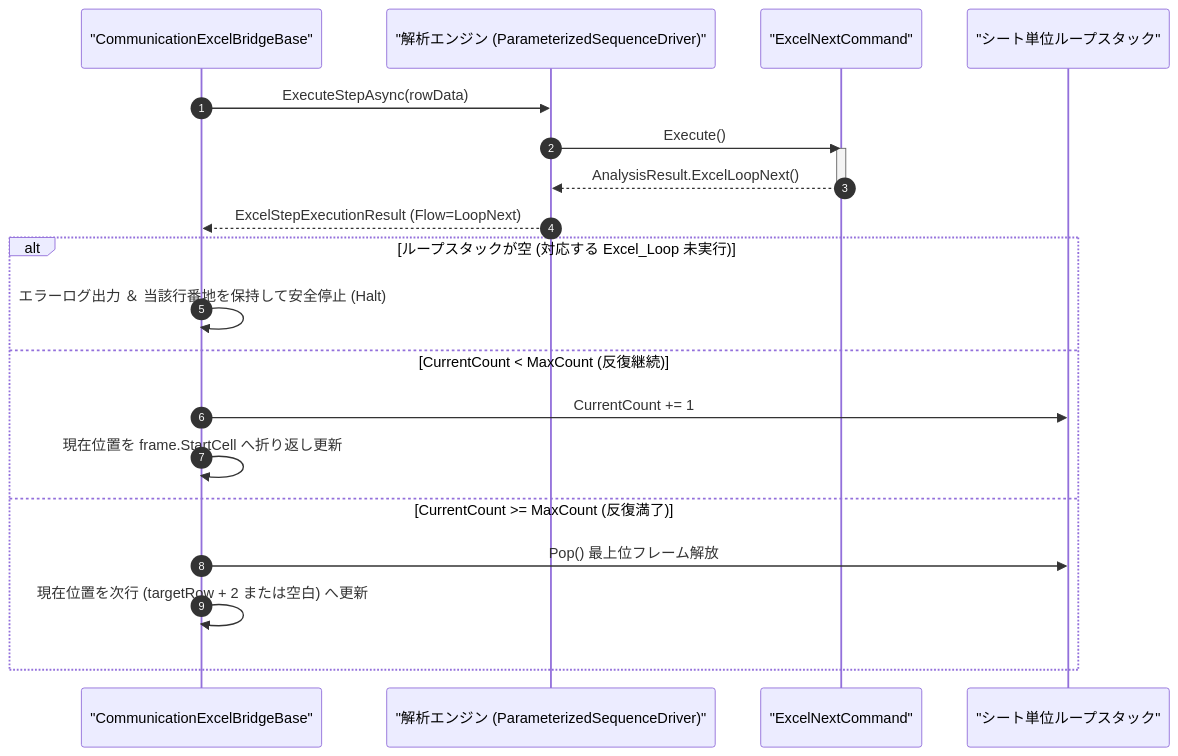
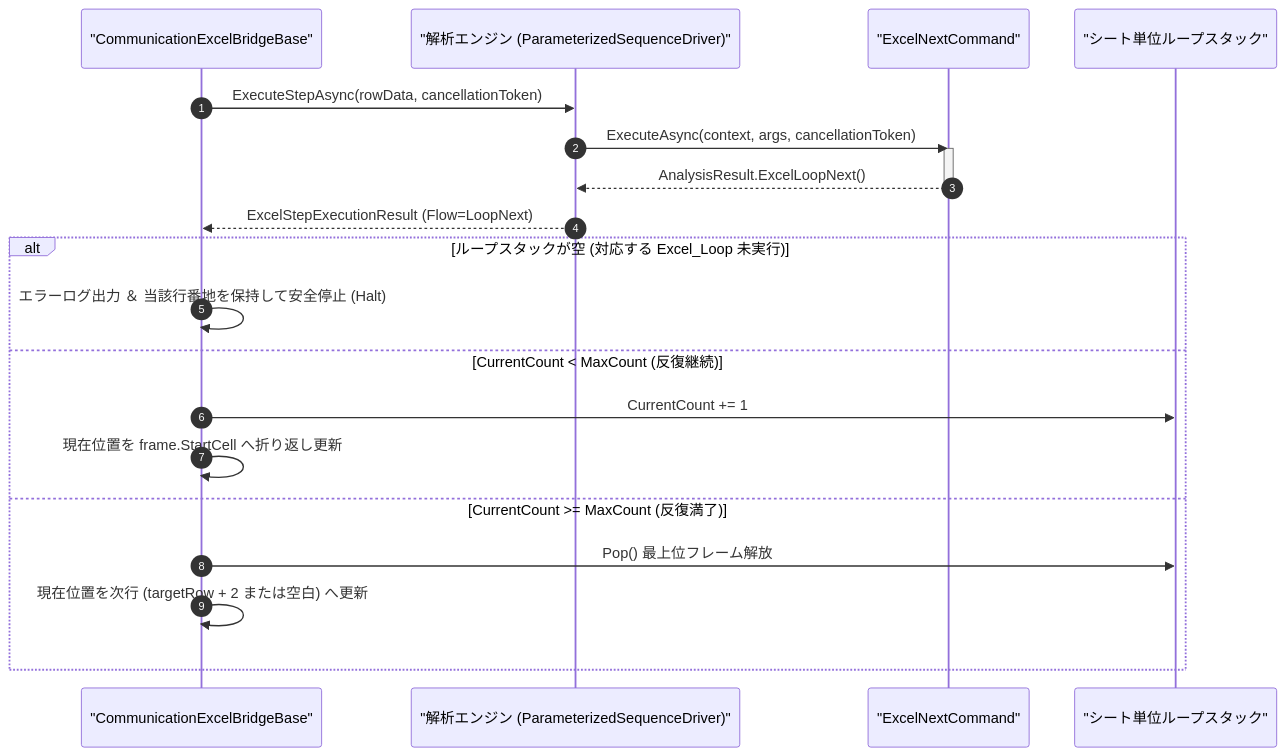
One commit to Monaca-App/TermAddIn changed the diagram in Manual/Core/Excel/Excel_Next.Md. Above: the diagram before and after it, drawn with Mermaid. The commit also changed other lines of this file and 157 other files, not shown here.

````diff
--- a/Manual/Core/Excel/Excel_Next.Md
+++ b/Manual/Core/Excel/Excel_Next.Md
@@ -62,24 +62,24 @@
 ```mermaid
 sequenceDiagram
     autonumber
     participant Bridge as "CommunicationExcelBridgeBase"
     participant Engine as "解析エンジン (ParameterizedSequenceDriver)"
     participant Cmd as "ExcelNextCommand"
     participant Stack as "シート単位ループスタック"
 
-    Bridge->>Engine: ExecuteStepAsync(rowData)
-    Engine->>Cmd: Execute()
+    Bridge->>Engine: ExecuteStepAsync(rowData, cancellationToken)
+    Engine->>Cmd: ExecuteAsync(context, args, cancellationToken)
     activate Cmd
     Cmd-->>Engine: AnalysisResult.ExcelLoopNext()
     deactivate Cmd
     Engine-->>Bridge: ExcelStepExecutionResult (Flow=LoopNext)
     alt ループスタックが空 (対応する Excel_Loop 未実行)
         Bridge->>Bridge: エラーログ出力 ＆ 当該行番地を保持して安全停止 (Halt)
     else CurrentCount < MaxCount (反復継続)
         Bridge->>Stack: CurrentCount += 1
         Bridge->>Bridge: 現在位置を frame.StartCell へ折り返し更新
     else CurrentCount >= MaxCount (反復満了)
         Bridge->>Stack: Pop() 最上位フレーム解放
         Bridge->>Bridge: 現在位置を次行 (targetRow + 2 または空白) へ更新
     end
 ```
````
